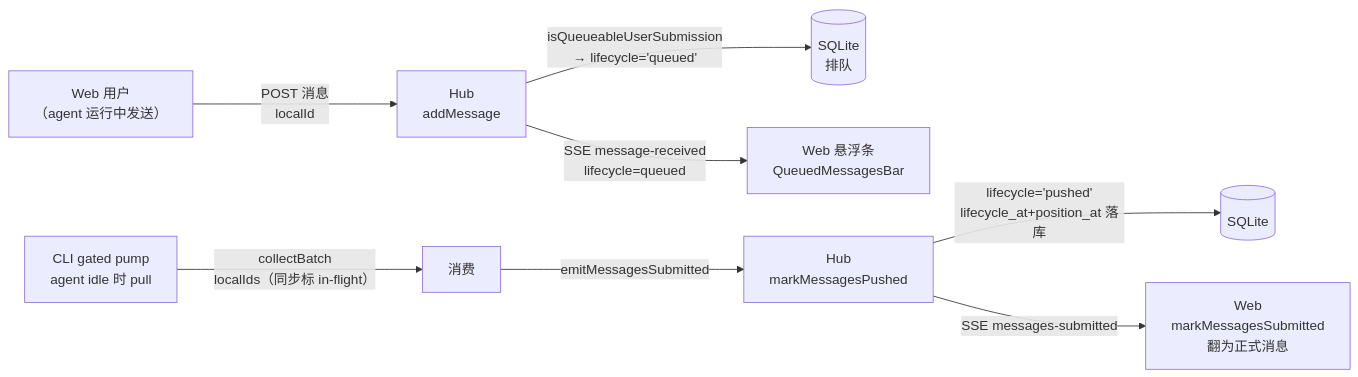
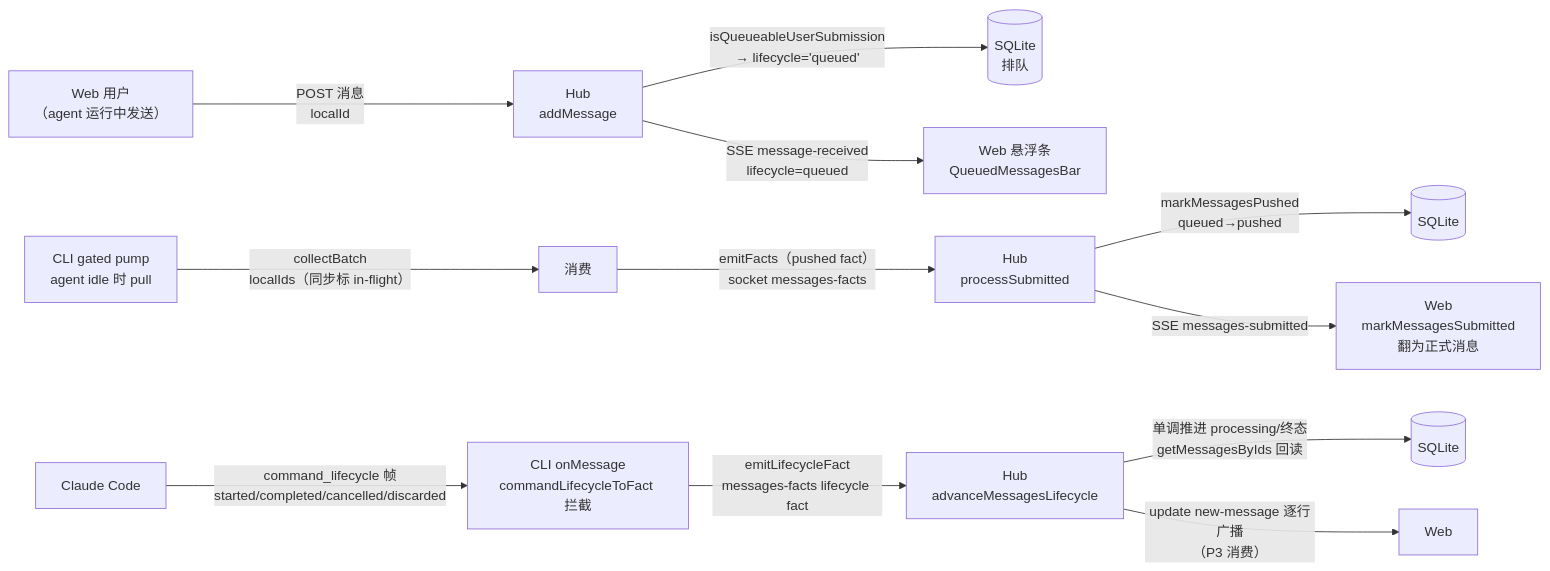
Before and after one commit to ModuBit/mobi: the second of 3 diagrams in docs/architecture/message-lifecycle.md, drawn with Mermaid. The commit also changed other lines of this file and 7 other files, not shown here.

Commit message:
docs(architecture): P2 事件收敛与终态接入同步——messages-facts 统一事件 + command_lifecycle 链路

````diff
--- a/docs/architecture/message-lifecycle.md
+++ b/docs/architecture/message-lifecycle.md
@@ -296,11 +315,16 @@
 ```mermaid
 flowchart LR
     Web["Web 用户<br/>（agent 运行中发送）"] -->|"POST 消息<br/>localId"| Hub["Hub<br/>addMessage"]
     Hub -->|"isQueueableUserSubmission<br/>→ lifecycle='queued'"| DB[("SQLite<br/>排队")]
     Hub -->|"SSE message-received<br/>lifecycle=queued"| WebBar["Web 悬浮条<br/>QueuedMessagesBar"]
 
     CLI["CLI gated pump<br/>agent idle 时 pull"] -->|"collectBatch<br/>localIds（同步标 in-flight）"| Consume["消费"]
-    Consume -->|"emitMessagesSubmitted"| Hub2["Hub<br/>markMessagesPushed"]
-    Hub2 -->|"lifecycle='pushed'<br/>lifecycle_at+position_at 落库"| DB2[("SQLite")]
+    Consume -->|"emitFacts（pushed fact）<br/>socket messages-facts"| Hub2["Hub<br/>processSubmitted"]
+    Hub2 -->|"markMessagesPushed<br/>queued→pushed"| DB2[("SQLite")]
     Hub2 -->|"SSE messages-submitted"| WebFinal["Web<br/>markMessagesSubmitted<br/>翻为正式消息"]
+
+    CC["Claude Code"] -->|"command_lifecycle 帧<br/>started/completed/cancelled/discarded"| Intercept["CLI onMessage<br/>commandLifecycleToFact 拦截"]
+    Intercept -->|"emitLifecycleFact<br/>messages-facts lifecycle fact"| Hub3["Hub<br/>advanceMessagesLifecycle"]
+    Hub3 -->|"单调推进 processing/终态<br/>getMessagesByIds 回读"| DB3[("SQLite")]
+    Hub3 -->|"update new-message 逐行广播<br/>（P3 消费）"| WebT["Web"]
 ```
````
